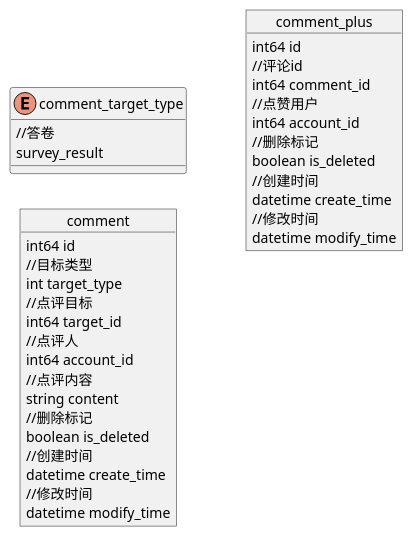
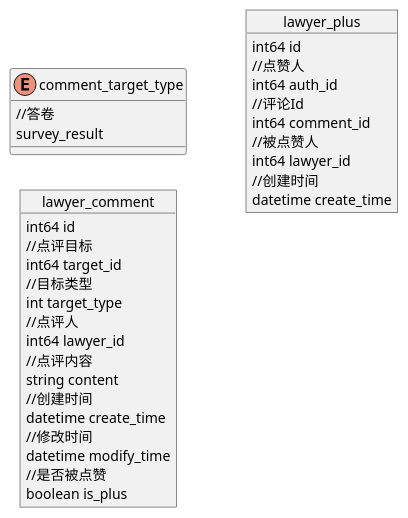
One commit to cryS4tal/degign changed the diagram in tmindtech/comment/comment.db.puml.md. Above: the diagram before and after it, drawn with PlantUML. The commit also changed 9 other files, not shown here.

Commit message:
fix: add the latest db design (survey/lawyer/comment),update API design in some return & permission etc..

````diff
--- a/tmindtech/comment/comment.db.puml.md
+++ b/tmindtech/comment/comment.db.puml.md
@@ -1,42 +1,40 @@
 ```plantuml
 @startuml
 left to right direction
 
 enum comment_target_type {
     //答卷
     survey_result
 }
 
-object comment {
+object lawyer_comment {
     int64 id
+    //点评目标
+    int64 target_id
     //目标类型
     int target_type
-    //点评目标
-    int64 target_id
     //点评人
-    int64 account_id
+    int64 lawyer_id
     //点评内容
     string content
-    //删除标记
-    boolean is_deleted
     //创建时间
     datetime create_time
     //修改时间
     datetime modify_time
+    //是否被点赞
+    boolean is_plus
 }
 
-object comment_plus {
+object lawyer_plus {
     int64 id
-    //评论id
+    //点赞人
+    int64 auth_id
+    //评论Id
     int64 comment_id
-    //点赞用户
-    int64 account_id
-    //删除标记
-    boolean is_deleted
+    //被点赞人
+    int64 lawyer_id
     //创建时间
     datetime create_time
-    //修改时间
-    datetime modify_time
 }
 @enduml
 ```
````
